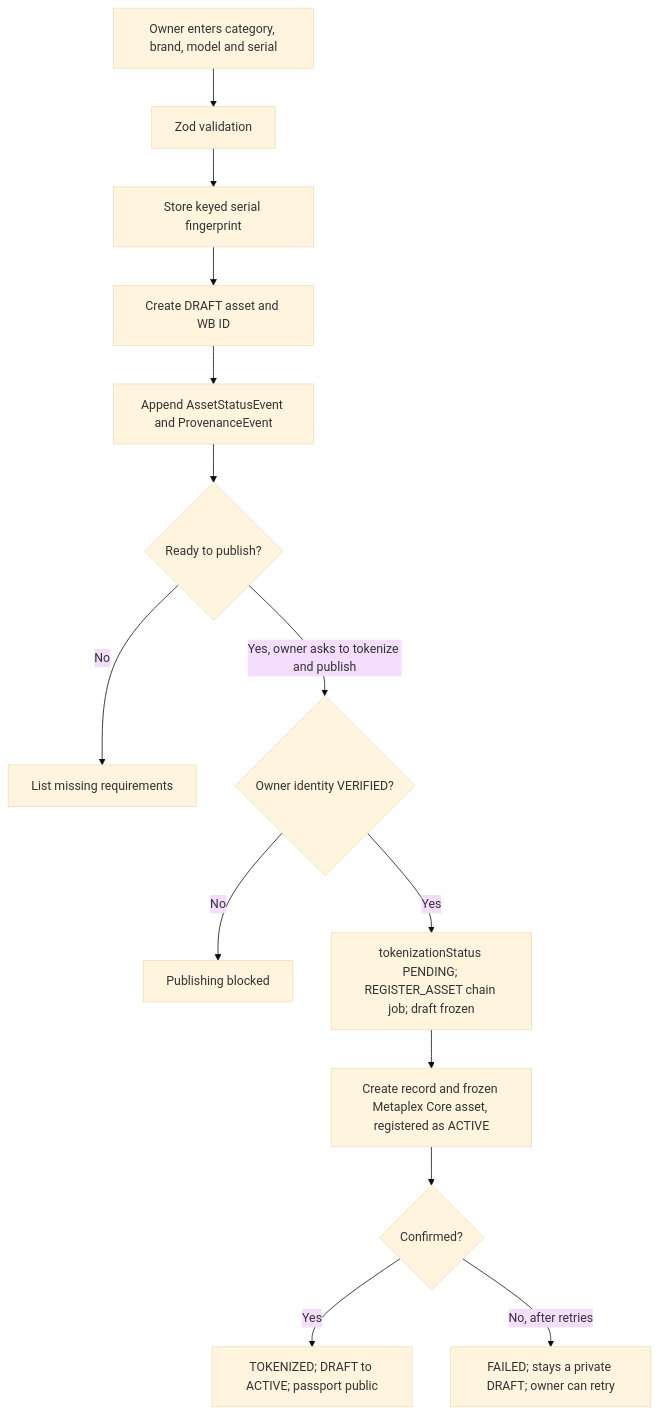
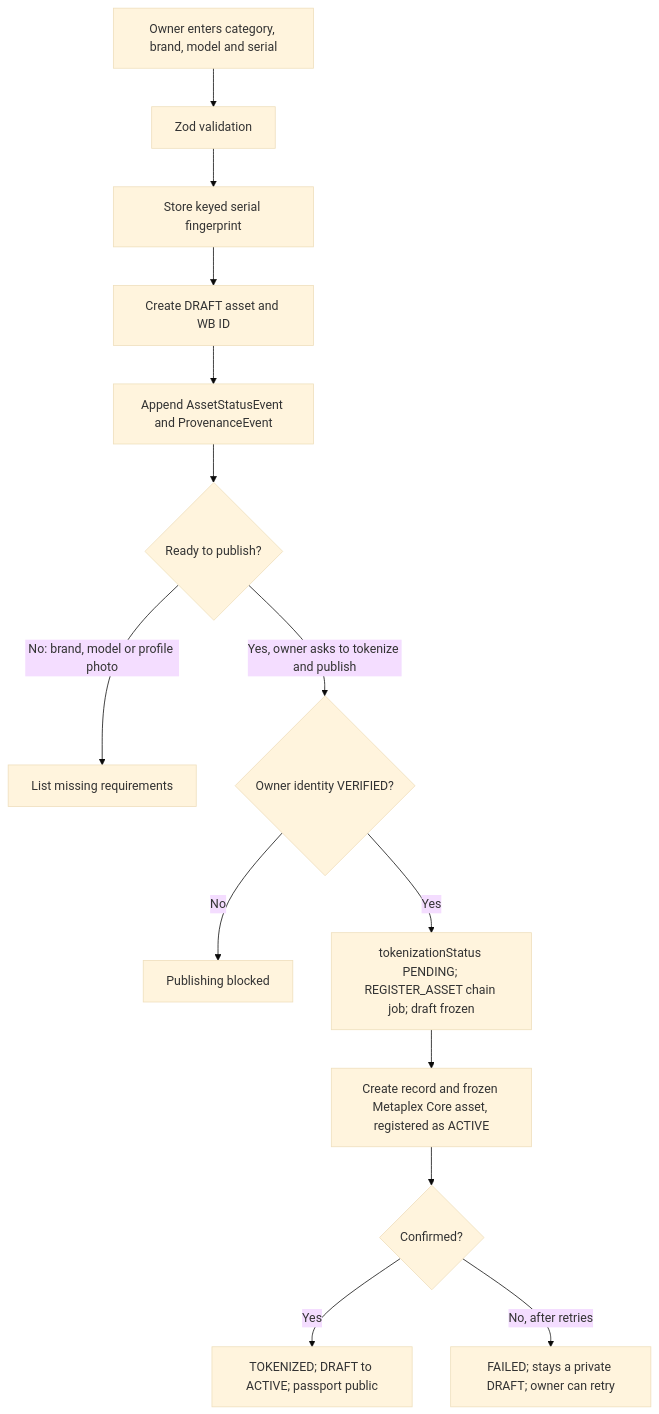
The fourth of 35 diagrams in docs/architecture.md (BBoy416/WORTHYBOUND), drawn with Mermaid (base theme) before and after one commit. The commit also changed other lines of this file and 26 other files, not shown here.

Commit message:
Profile photo required to publish; edit details after publishing

````diff
--- a/docs/architecture.md
+++ b/docs/architecture.md
@@ -116,16 +116,16 @@
 ```mermaid
 flowchart TD
 Owner["Owner enters category, brand, model and serial"] --> Validate["Zod validation"]
 Validate --> Fingerprint["Store keyed serial fingerprint"]
 Fingerprint --> Draft["Create DRAFT asset and WB ID"]
 Draft --> Log["Append AssetStatusEvent and ProvenanceEvent"]
 Log --> Ready{"Ready to publish?"}
-Ready -->|"No"| Missing["List missing requirements"]
+Ready -->|"No: brand, model or profile photo"| Missing["List missing requirements"]
 Ready -->|"Yes, owner asks to tokenize and publish"| Identity{"Owner identity VERIFIED?"}
 Identity -->|"No"| Block["Publishing blocked"]
 Identity -->|"Yes"| Job["tokenizationStatus PENDING; REGISTER_ASSET chain job; draft frozen"]
 Job --> Mint["Create record and frozen Metaplex Core asset, registered as ACTIVE"]
 Mint --> Confirmed{"Confirmed?"}
 Confirmed -->|"Yes"| Publish["TOKENIZED; DRAFT to ACTIVE; passport public"]
 Confirmed -->|"No, after retries"| Failed["FAILED; stays a private DRAFT; owner can retry"]
 ```
````
